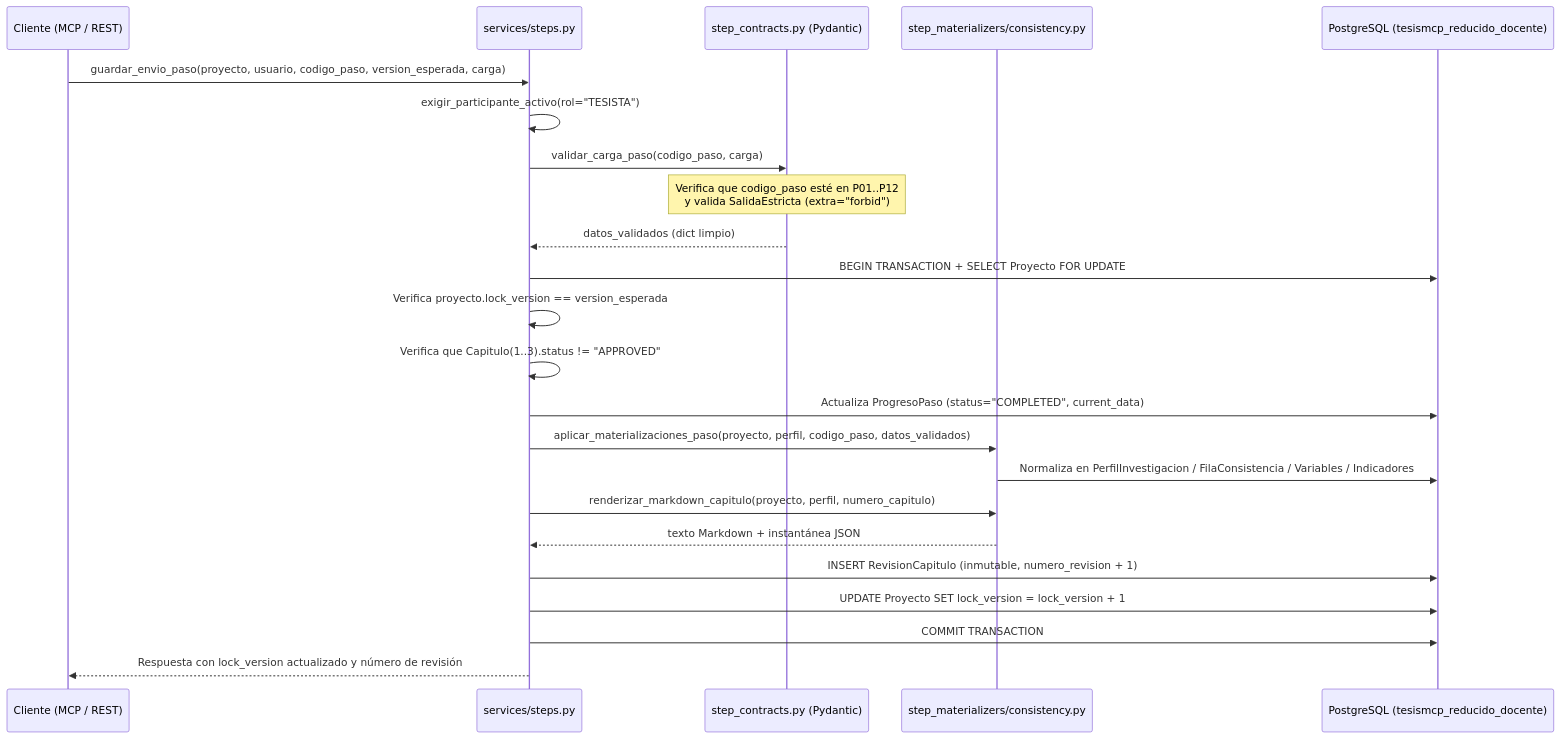
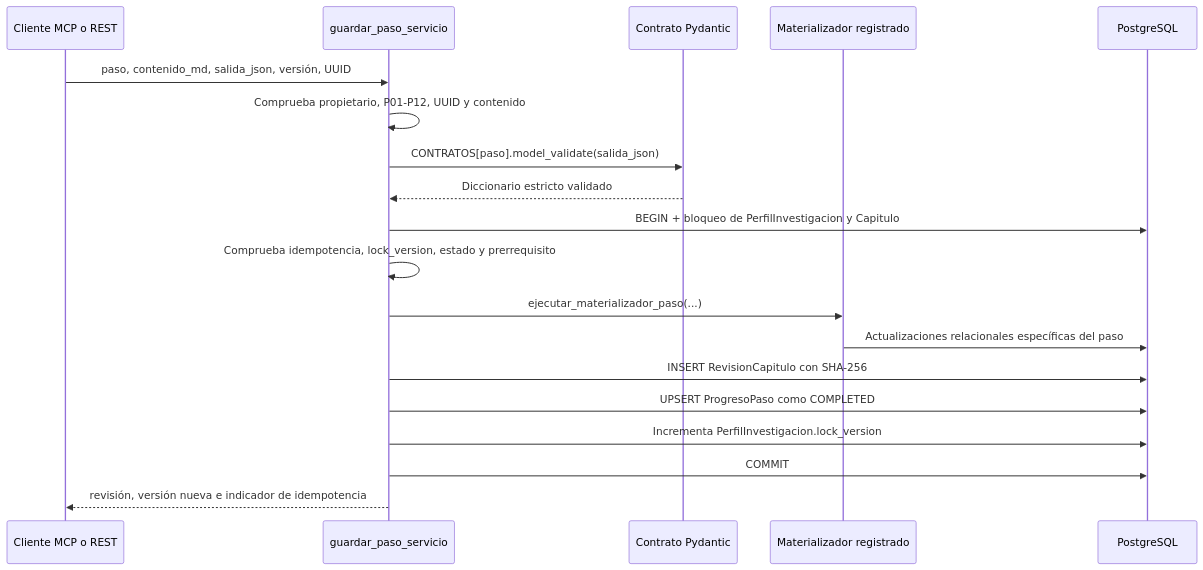
The diagram in docs/03_FLUJO_METODOLOGICO_P01_A_P12.md (Jupiloy/TesisMCP), drawn with Mermaid before and after one commit. The commit also changed other lines of this file and 12 other files, not shown here.

````diff
--- a/docs/03_FLUJO_METODOLOGICO_P01_A_P12.md
+++ b/docs/03_FLUJO_METODOLOGICO_P01_A_P12.md
@@ -11,26 +9,22 @@
 ```mermaid
 sequenceDiagram
-    participant C as Cliente (MCP / REST)
-    participant S as services/steps.py
-    participant V as step_contracts.py (Pydantic)
-    participant M as step_materializers/consistency.py
-    participant DB as PostgreSQL (tesismcp_reducido_docente)
+    participant C as Cliente MCP o REST
+    participant S as guardar_paso_servicio
+    participant V as Contrato Pydantic
+    participant M as Materializador registrado
+    participant DB as PostgreSQL
 
-    C->>S: guardar_envio_paso(proyecto, usuario, codigo_paso, version_esperada, carga)
-    S->>S: exigir_participante_activo(rol="TESISTA")
-    S->>V: validar_carga_paso(codigo_paso, carga)
-    Note over V: Verifica que codigo_paso esté en P01..P12<br/>y valida SalidaEstricta (extra="forbid")
-    V-->>S: datos_validados (dict limpio)
-    S->>DB: BEGIN TRANSACTION + SELECT Proyecto FOR UPDATE
-    S->>S: Verifica proyecto.lock_version == version_esperada
-    S->>S: Verifica que Capitulo(1..3).status != "APPROVED"
-    S->>DB: Actualiza ProgresoPaso (status="COMPLETED", current_data)
-    S->>M: aplicar_materializaciones_paso(proyecto, perfil, codigo_paso, datos_validados)
-    M->>DB: Normaliza en PerfilInvestigacion / FilaConsistencia / Variables / Indicadores
-    S->>M: renderizar_markdown_capitulo(proyecto, perfil, numero_capitulo)
-    M-->>S: texto Markdown + instantánea JSON
-    S->>DB: INSERT RevisionCapitulo (inmutable, numero_revision + 1)
-    S->>DB: UPDATE Proyecto SET lock_version = lock_version + 1
-    S->>DB: COMMIT TRANSACTION
-    S-->>C: Respuesta con lock_version actualizado y número de revisión
+    C->>S: paso, contenido_md, salida_json, versión, UUID
+    S->>S: Comprueba propietario, P01-P12, UUID y contenido
+    S->>V: CONTRATOS[paso].model_validate(salida_json)
+    V-->>S: Diccionario estricto validado
+    S->>DB: BEGIN + bloqueo de PerfilInvestigacion y Capitulo
+    S->>S: Comprueba idempotencia, lock_version, estado y prerrequisito
+    S->>M: ejecutar_materializador_paso(...)
+    M->>DB: Actualizaciones relacionales específicas del paso
+    S->>DB: INSERT RevisionCapitulo con SHA-256
+    S->>DB: UPSERT ProgresoPaso como COMPLETED
+    S->>DB: Incrementa PerfilInvestigacion.lock_version
+    S->>DB: COMMIT
+    S-->>C: revisión, versión nueva e indicador de idempotencia
 ```
````
